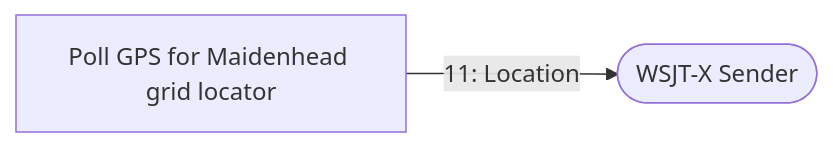
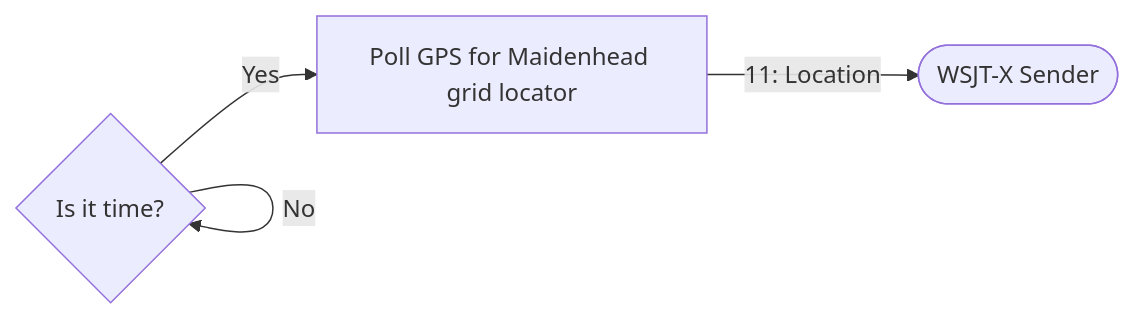
Before and after one commit to ckuhtz/ham: the eighth of 8 diagrams in doc/workflows.md, drawn with Mermaid. The commit also changed other lines of this file, not shown here.

````diff
--- a/doc/workflows.md
+++ b/doc/workflows.md
@@ -258,5 +259,7 @@
 ```mermaid
 flowchart LR;
     WSJTXApp([WSJT-X Sender]);
+    Scheduler{Is it time?} -->|Yes| GPSPoll;
+    Scheduler -->|No| Scheduler;
     GPSPoll[Poll GPS for Maidenhead grid locator] -->|11: Location| WSJTXApp;
 ```
````
